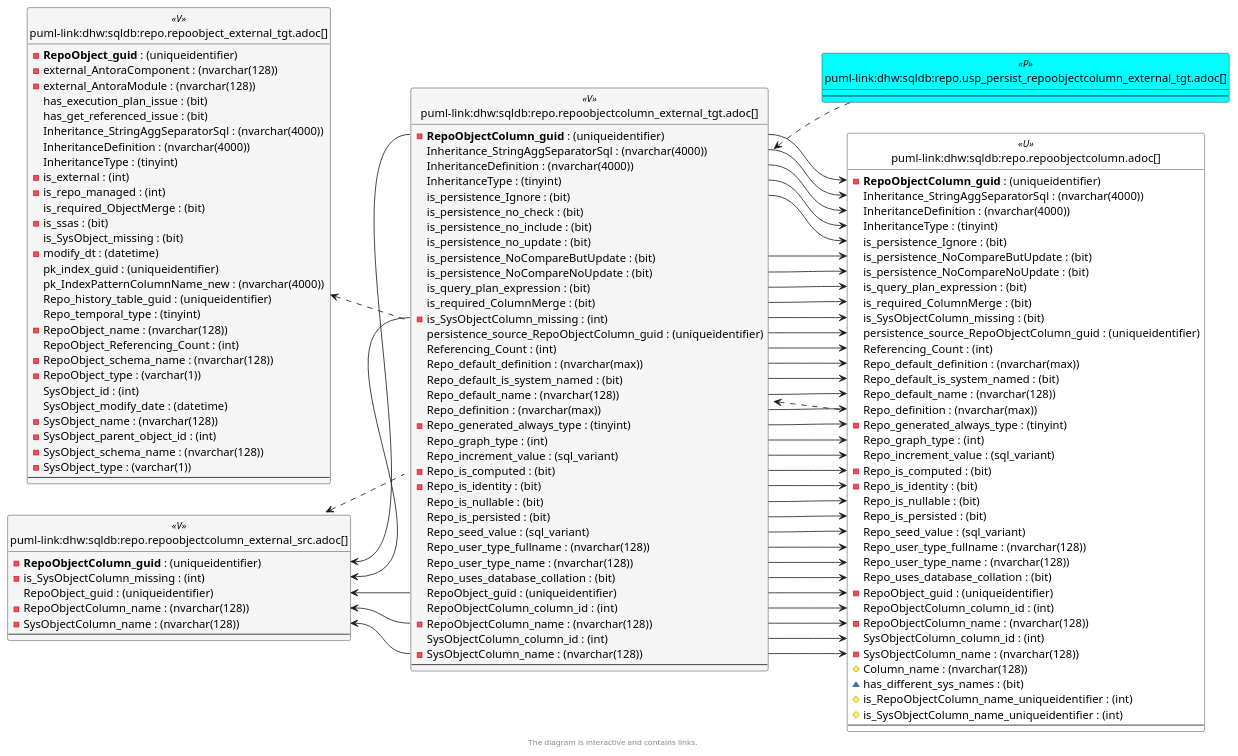
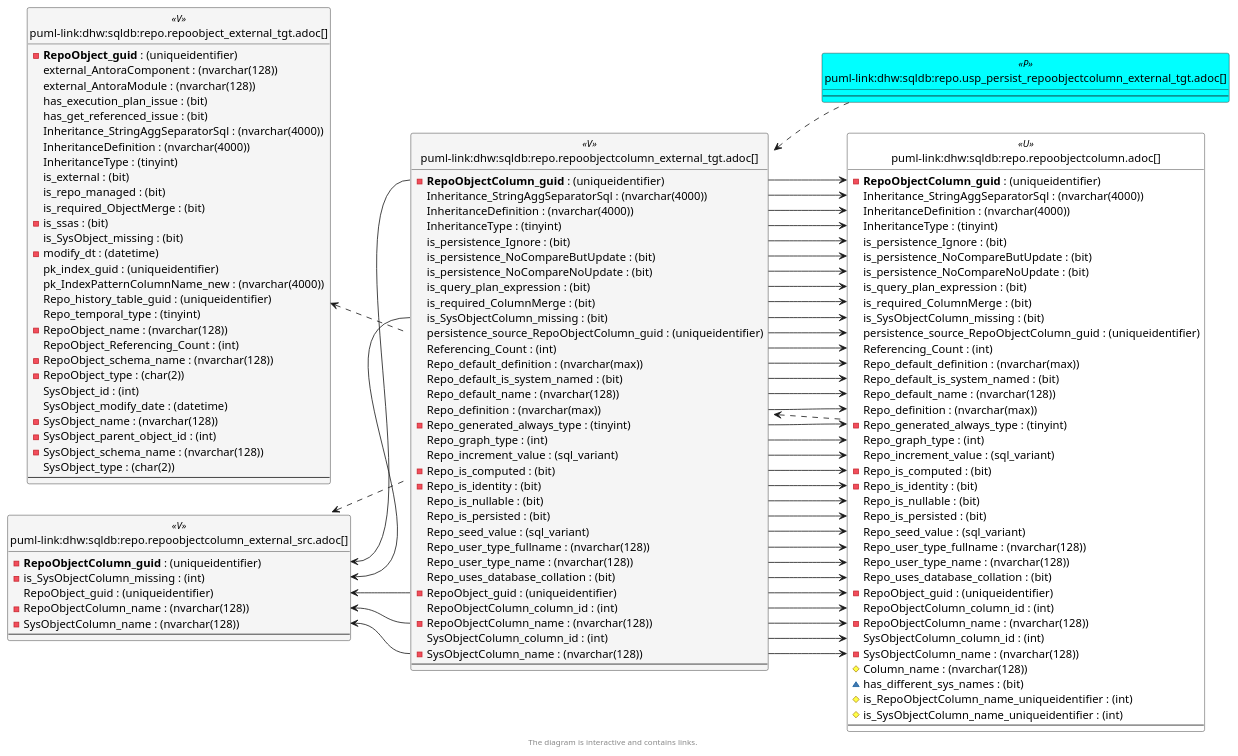
Before and after one commit to DataHandwerk/dhw-antora-sqldb: the sixth of 6 diagrams in docs/modules/sqldb/partials/content/repo.repoobjectcolumn_external_tgt.adoc, drawn with PlantUML. The commit also changed other lines of this file and 641 other files, not shown here.

```diff
--- a/docs/modules/sqldb/partials/content/repo.repoobjectcolumn_external_tgt.adoc
+++ b/docs/modules/sqldb/partials/content/repo.repoobjectcolumn_external_tgt.adoc
@@ -3614,15 +3611,15 @@
 
 entity "puml-link:dhw:sqldb:repo.repoobject_external_tgt.adoc[]" as repo.RepoObject_external_tgt << V >> {
   - **RepoObject_guid** : (uniqueidentifier)
-  - external_AntoraComponent : (nvarchar(128))
-  - external_AntoraModule : (nvarchar(128))
+  external_AntoraComponent : (nvarchar(128))
+  external_AntoraModule : (nvarchar(128))
   has_execution_plan_issue : (bit)
   has_get_referenced_issue : (bit)
   Inheritance_StringAggSeparatorSql : (nvarchar(4000))
   InheritanceDefinition : (nvarchar(4000))
   InheritanceType : (tinyint)
-  - is_external : (int)
-  - is_repo_managed : (int)
+  is_external : (bit)
+  is_repo_managed : (bit)
   is_required_ObjectMerge : (bit)
   - is_ssas : (bit)
   is_SysObject_missing : (bit)
@@ -3634,13 +3631,13 @@
   - RepoObject_name : (nvarchar(128))
   RepoObject_Referencing_Count : (int)
   - RepoObject_schema_name : (nvarchar(128))
-  - RepoObject_type : (varchar(1))
+  - RepoObject_type : (char(2))
   SysObject_id : (int)
   SysObject_modify_date : (datetime)
   - SysObject_name : (nvarchar(128))
   - SysObject_parent_object_id : (int)
   - SysObject_schema_name : (nvarchar(128))
-  - SysObject_type : (varchar(1))
+  SysObject_type : (char(2))
   --
 }
 
@@ -3699,14 +3696,11 @@
   InheritanceDefinition : (nvarchar(4000))
   InheritanceType : (tinyint)
   is_persistence_Ignore : (bit)
-  is_persistence_no_check : (bit)
-  is_persistence_no_include : (bit)
-  is_persistence_no_update : (bit)
   is_persistence_NoCompareButUpdate : (bit)
   is_persistence_NoCompareNoUpdate : (bit)
   is_query_plan_expression : (bit)
   is_required_ColumnMerge : (bit)
-  - is_SysObjectColumn_missing : (int)
+  is_SysObjectColumn_missing : (bit)
   persistence_source_RepoObjectColumn_guid : (uniqueidentifier)
   Referencing_Count : (int)
   Repo_default_definition : (nvarchar(max))
@@ -3724,7 +3718,7 @@
   Repo_user_type_fullname : (nvarchar(128))
   Repo_user_type_name : (nvarchar(128))
   Repo_uses_database_collation : (bit)
-  RepoObject_guid : (uniqueidentifier)
+  - RepoObject_guid : (uniqueidentifier)
   RepoObjectColumn_column_id : (int)
   - RepoObjectColumn_name : (nvarchar(128))
   SysObjectColumn_column_id : (int)
```
